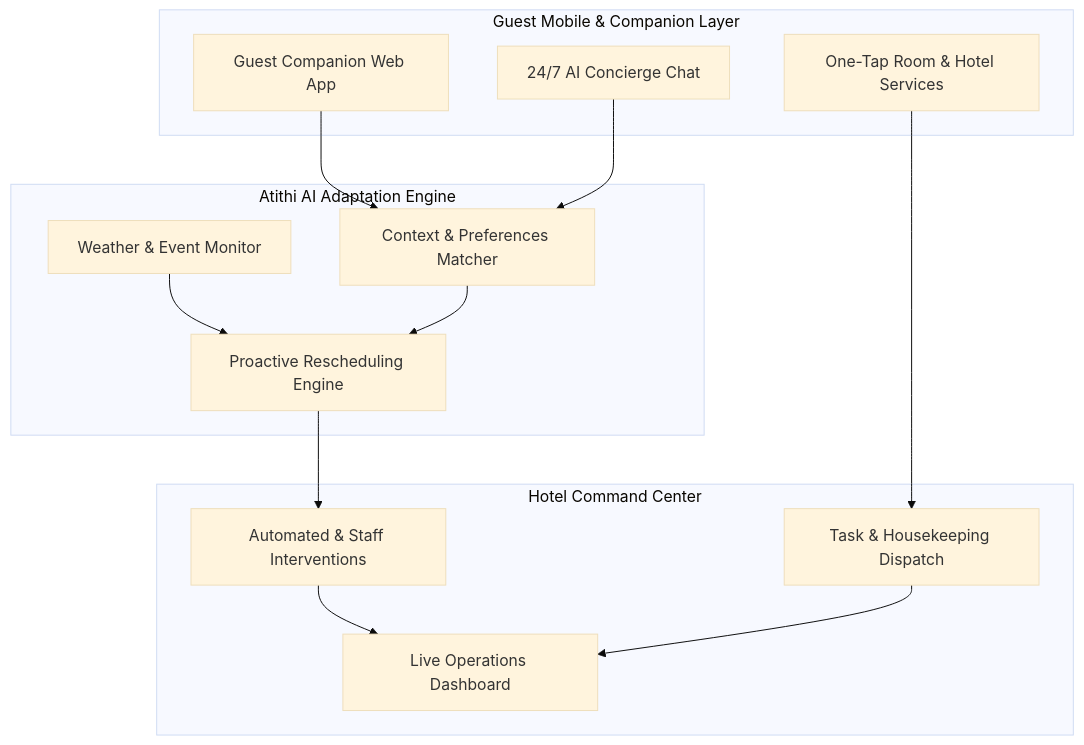
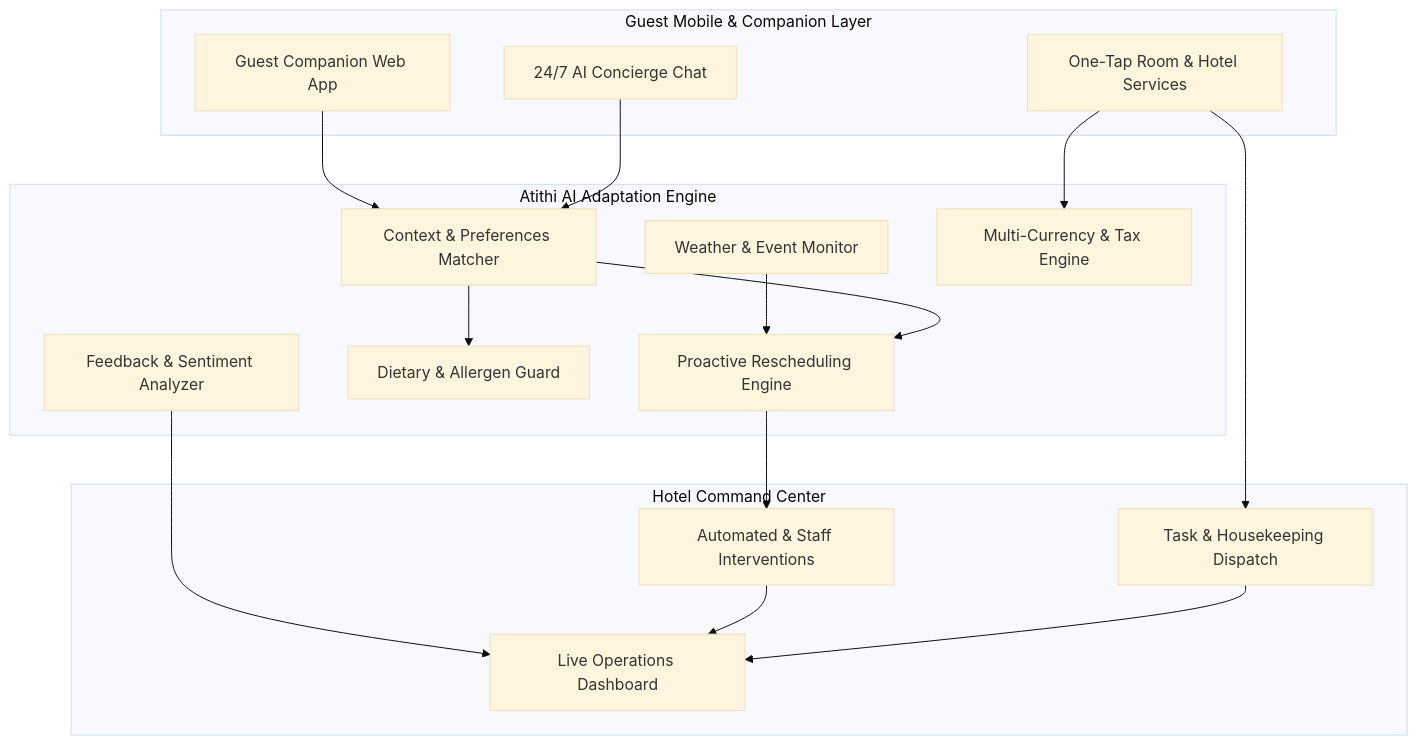
The diagram in README.md (viratpaudel/atithiai), drawn with Mermaid (base theme) before and after one commit. The commit also changed other lines of this file and 1 other file, not shown here.

````diff
--- a/README.md
+++ b/README.md
@@ -19,29 +19,35 @@
 ```mermaid
 flowchart TD
     subgraph GuestLayer["Guest Mobile & Companion Layer"]
         GC[Guest Companion Web App]
         Chat[24/7 AI Concierge Chat]
         Services[One-Tap Room & Hotel Services]
     end
 
     subgraph IntelligenceLayer["Atithi AI Adaptation Engine"]
         Context[Context & Preferences Matcher]
         WeatherSync[Weather & Event Monitor]
         DynamicItinerary[Proactive Rescheduling Engine]
+        DietaryEngine[Dietary & Allergen Guard]
+        PricingEngine[Multi-Currency & Tax Engine]
+        FeedbackEngine[Feedback & Sentiment Analyzer]
     end
 
     subgraph OperationsLayer["Hotel Command Center"]
         Dashboard[Live Operations Dashboard]
         Intervention[Automated & Staff Interventions]
         StaffDispatch[Task & Housekeeping Dispatch]
     end
 
     GC --> Context
     Chat --> Context
     WeatherSync --> DynamicItinerary
     Context --> DynamicItinerary
+    Context --> DietaryEngine
+    Services --> PricingEngine
     DynamicItinerary --> Intervention
+    FeedbackEngine --> Dashboard
     Intervention --> Dashboard
     Services --> StaffDispatch
     StaffDispatch --> Dashboard
 ```
````
